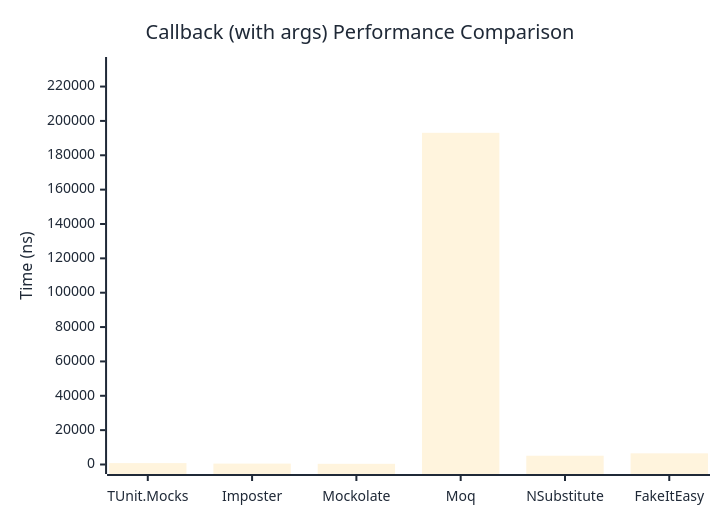
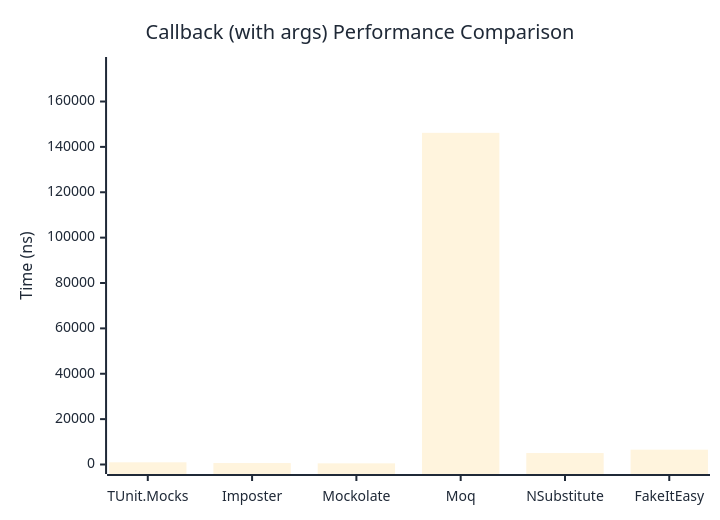
Before and after one commit to thomhurst/TUnit: the second of 2 diagrams in docs/docs/benchmarks/mocks/Callback.md, drawn with Mermaid. The commit also changed other lines of this file and 14 other files, not shown here.

````diff
--- a/docs/docs/benchmarks/mocks/Callback.md
+++ b/docs/docs/benchmarks/mocks/Callback.md
@@ -71,27 +71,27 @@
 ```mermaid
 %%{init: {
   'theme':'base',
   'themeVariables': {
     'primaryColor': '#2563eb',
     'primaryTextColor': '#1f2937',
     'primaryBorderColor': '#1e40af',
     'lineColor': '#6b7280',
     'secondaryColor': '#7c3aed',
     'tertiaryColor': '#dc2626',
     'background': '#ffffff',
     'pie1': '#2563eb',
     'pie2': '#7c3aed',
     'pie3': '#dc2626',
     'pie4': '#f59e0b',
     'pie5': '#10b981',
     'pie6': '#06b6d4',
     'pie7': '#ec4899',
     'pie8': '#6366f1'
   }
 }}%%
 xychart-beta
   title "Callback (with args) Performance Comparison"
   x-axis ["TUnit.Mocks", "Imposter", "Mockolate", "Moq", "NSubstitute", "FakeItEasy"]
-  y-axis "Time (ns)" 0 --> 231675
-  bar [811.2, 527.2, 397.1, 193062.3, 5103.9, 6507.6]
+  y-axis "Time (ns)" 0 --> 175432
+  bar [973.6, 641.5, 509.2, 146192.9, 5050.6, 6536.2]
 ```
````
